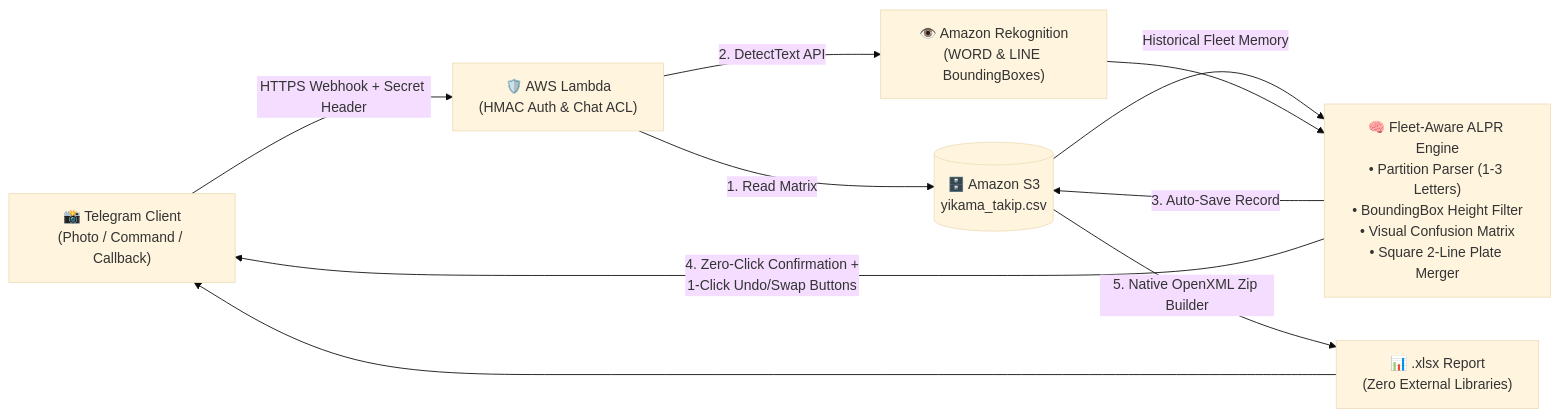
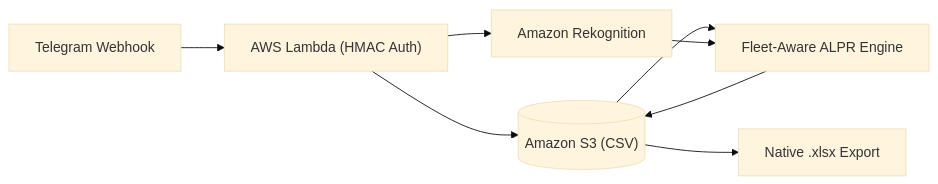
One commit to onurvatansever/carvo-plaka-takip-botu changed the diagram in README.md. Above: the diagram before and after it, drawn with Mermaid (base theme). The commit also changed other lines of this file, not shown here.

````diff
--- a/README.md
+++ b/README.md
@@ -18,12 +9,9 @@
 ```mermaid
 flowchart LR
-    A["📸 Telegram Client<br/>(Photo / Command / Callback)"] -->|HTTPS Webhook + Secret Header| B["🛡️ AWS Lambda<br/>(HMAC Auth & Chat ACL)"]
-    B -->|1. Read Matrix| C[("🗄️ Amazon S3<br/>yikama_takip.csv")]
-    B -->|2. DetectText API| D["👁️ Amazon Rekognition<br/>(WORD & LINE BoundingBoxes)"]
-    C -->|Historical Fleet Memory| E["🧠 Fleet-Aware ALPR Engine<br/>• Partition Parser (1-3 Letters)<br/>• BoundingBox Height Filter<br/>• Visual Confusion Matrix<br/>• Square 2-Line Plate Merger"]
-    D --> E
-    E -->|3. Auto-Save Record| C
-    E -->|4. Zero-Click Confirmation +<br/>1-Click Undo/Swap Buttons| A
-    C -->|5. Native OpenXML Zip Builder| F["📊 .xlsx Report<br/>(Zero External Libraries)"]
-    F --> A
+    A["Telegram Webhook"] --> B["AWS Lambda (HMAC Auth)"]
+    B --> C[("Amazon S3 (CSV)")]
+    B --> D["Amazon Rekognition"]
+    C & D --> E["Fleet-Aware ALPR Engine"]
+    E --> C
+    C --> F["Native .xlsx Export"]
 ```
````
